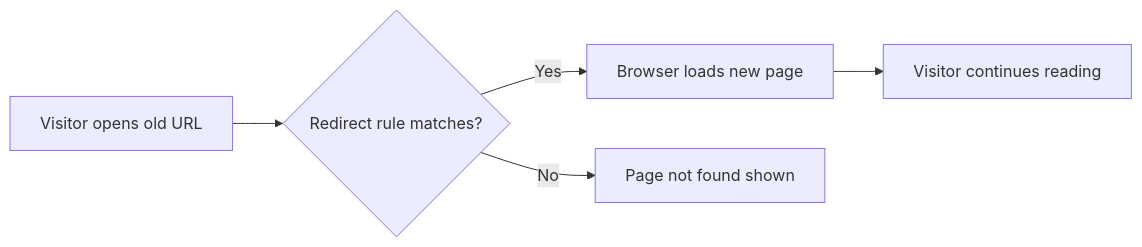
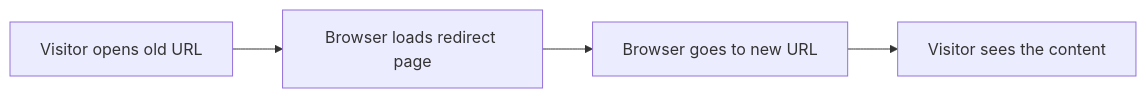
One commit to Mohita111/API2 changed the first of 2 diagrams in api2-documentation/plan_2026-11-02_f8890e/user-facing-docs/client-side-redirects.md. Above: the diagram before and after it, drawn with Mermaid. The commit also changed other lines of this file and 13 other files, not shown here.

````diff
--- a/api2-documentation/plan_2026-11-02_f8890e/user-facing-docs/client-side-redirects.md
+++ b/api2-documentation/plan_2026-11-02_f8890e/user-facing-docs/client-side-redirects.md
@@ -22,7 +18,6 @@
 ```mermaid
 graph LR
-    A["Visitor opens old URL"] --> B{"Redirect rule matches?"}
-    B -->|"Yes"| C["Browser loads new page"]
-    B -->|"No"| D["Page not found shown"]
-    C --> E["Visitor continues reading"]
+    A[Visitor opens old URL] --> B[Browser loads redirect page]
+    B --> C[Browser goes to new URL]
+    C --> D[Visitor sees the content]
 ```
````
